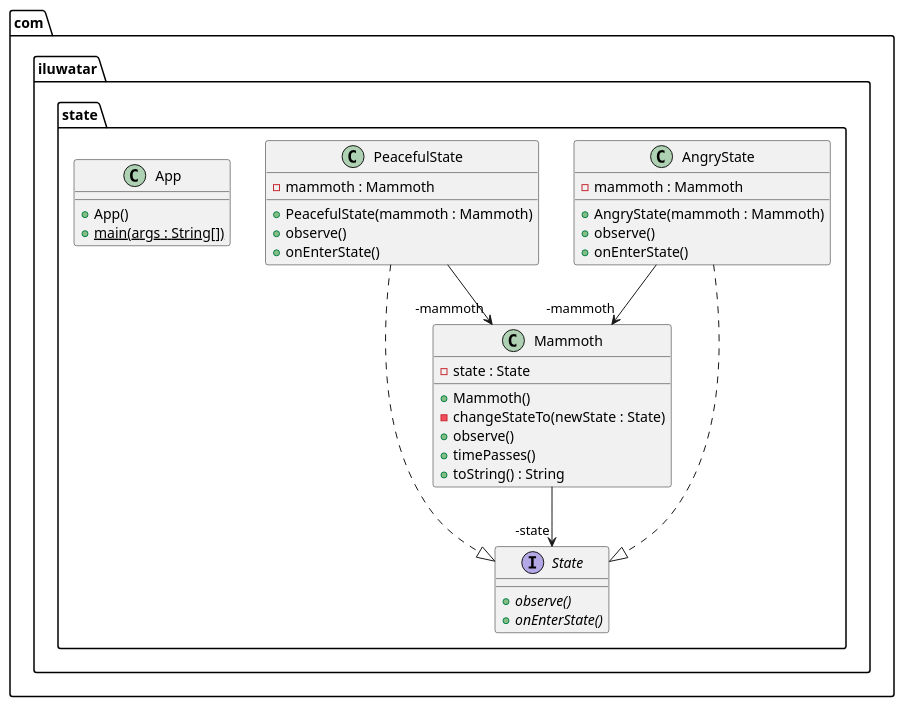
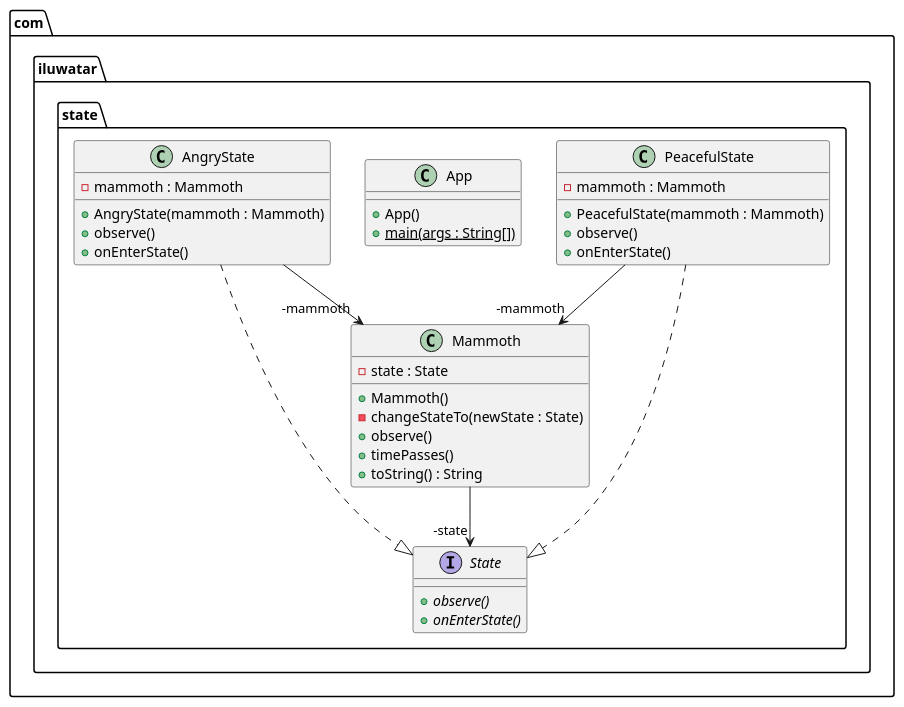
One commit to NatalieSty/java-design-patterns changed the diagram in state/etc/state.urm.puml. Above: the diagram before and after it, drawn with PlantUML. The commit also changed other lines of this file and 77 other files, not shown here.

Commit message:
UML generation: Mark the urm-maven-plugin execution to be ignored in Eclipse and recreate all .puml files

```diff
--- a/state/etc/state.urm.puml
+++ b/state/etc/state.urm.puml
@@ -1,37 +1,37 @@
 @startuml
 package com.iluwatar.state {
+  class PeacefulState {
+    - mammoth : Mammoth
+    + PeacefulState(mammoth : Mammoth)
+    + observe()
+    + onEnterState()
+  }
+  interface State {
+    + observe() {abstract}
+    + onEnterState() {abstract}
+  }
+  class App {
+    + App()
+    + main(args : String[]) {static}
+  }
   class AngryState {
     - mammoth : Mammoth
     + AngryState(mammoth : Mammoth)
     + observe()
     + onEnterState()
   }
   class Mammoth {
     - state : State
     + Mammoth()
     - changeStateTo(newState : State)
     + observe()
     + timePasses()
     + toString() : String
   }
-  interface State {
-    + observe() {abstract}
-    + onEnterState() {abstract}
-  }
-  class PeacefulState {
-    - mammoth : Mammoth
-    + PeacefulState(mammoth : Mammoth)
-    + observe()
-    + onEnterState()
-  }
-  class App {
-    + App()
-    + main(args : String[]) {static}
-  }
 }
+AngryState -->  "-mammoth" Mammoth
 PeacefulState -->  "-mammoth" Mammoth
-AngryState -->  "-mammoth" Mammoth
 Mammoth -->  "-state" State
+PeacefulState ..|> State 
 AngryState ..|> State 
-PeacefulState ..|> State 
 @enduml
```
